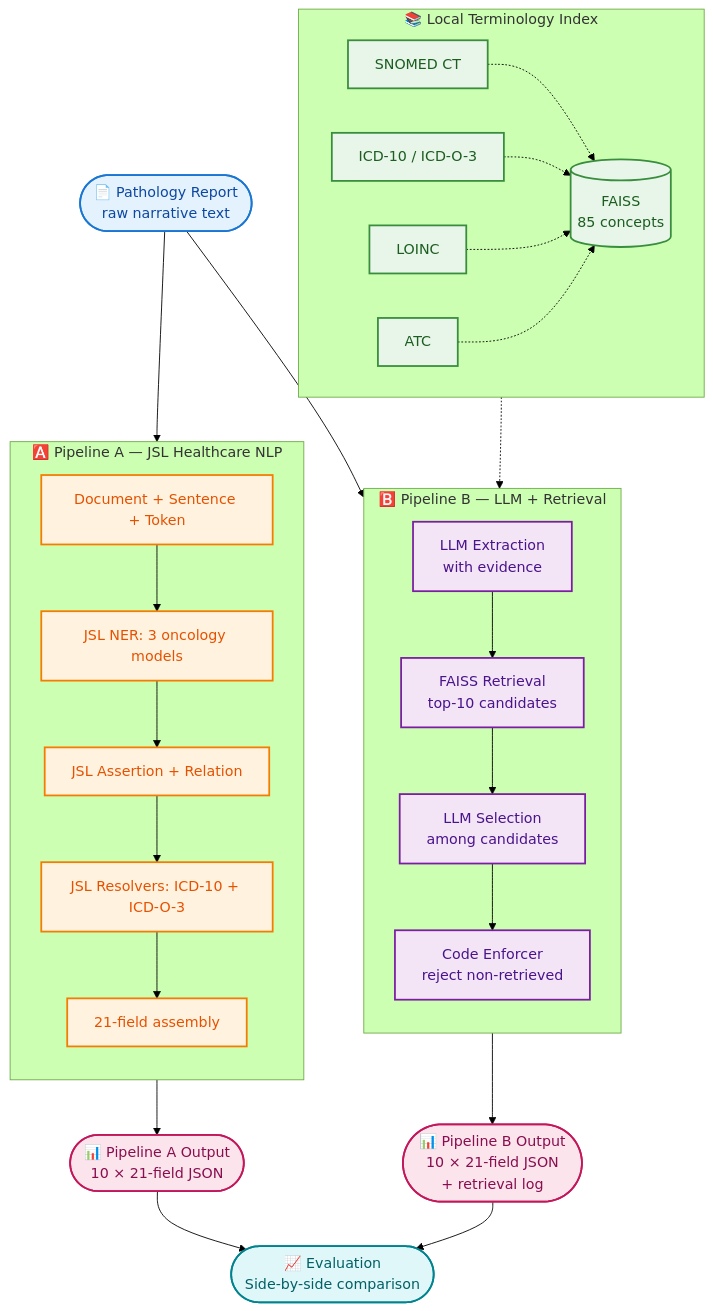
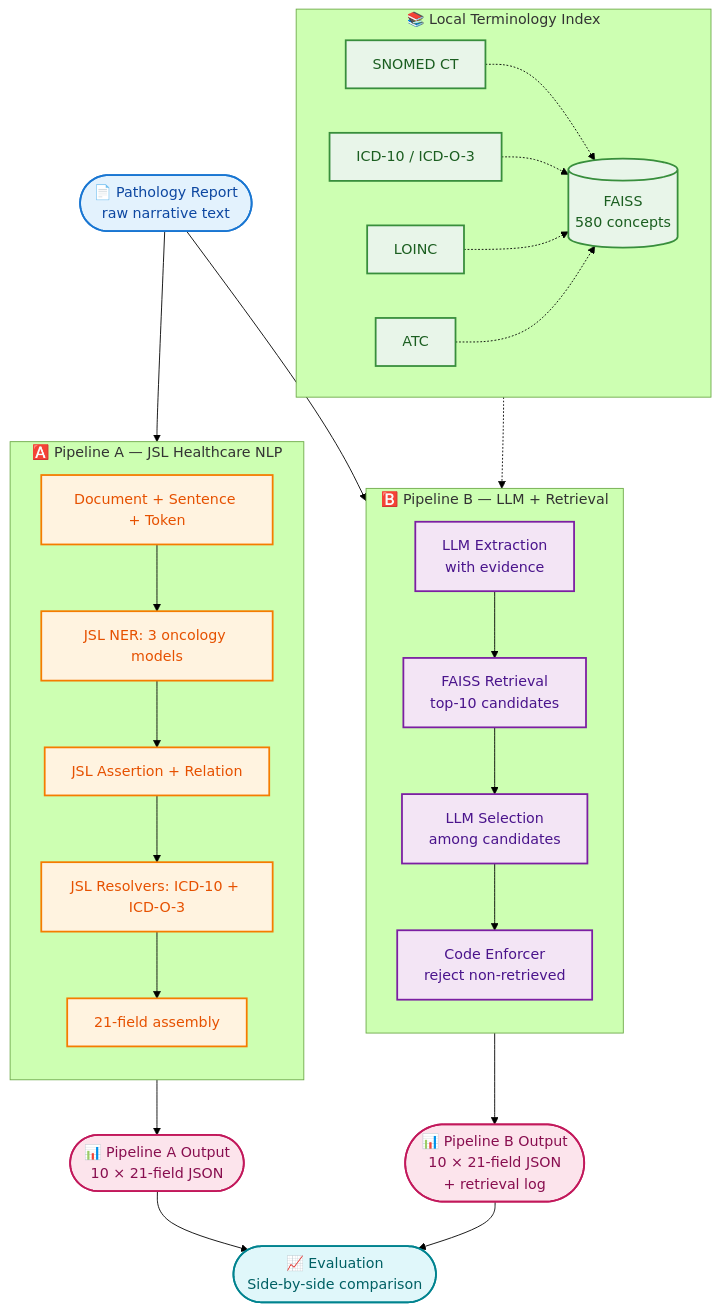
One commit to Junaidchohan/Oncology_Registry_Extraction changed the diagram in SUBMISSION.md. Above: the diagram before and after it, drawn with Mermaid (forest theme). The commit also changed other lines of this file and 3 other files, not shown here.

````diff
--- a/SUBMISSION.md
+++ b/SUBMISSION.md
@@ -41,62 +41,62 @@
 ```mermaid
 flowchart TB
     Input([📄 Pathology Report<br/>raw narrative text])
 
     subgraph A["🅰️ Pipeline A — JSL Healthcare NLP"]
         direction TB
         A1[Document + Sentence + Token]
         A2[JSL NER: 3 oncology models]
         A3[JSL Assertion + Relation]
         A4[JSL Resolvers: ICD-10 + ICD-O-3]
         A5[21-field assembly]
         A1 --> A2 --> A3 --> A4 --> A5
     end
 
     subgraph B["🅱️ Pipeline B — LLM + Retrieval"]
         direction TB
         B1[LLM Extraction<br/>with evidence]
         B2[FAISS Retrieval<br/>top-10 candidates]
         B3[LLM Selection<br/>among candidates]
         B4[Code Enforcer<br/>reject non-retrieved]
         B1 --> B2 --> B3 --> B4
     end
 
     subgraph T["📚 Local Terminology Index"]
         direction LR
-        T1[(FAISS<br/>85 concepts)]
+        T1[(FAISS<br/>580 concepts)]
         T2[SNOMED CT]
         T3[ICD-10 / ICD-O-3]
         T4[LOINC]
         T5[ATC]
         T2 -.-> T1
         T3 -.-> T1
         T4 -.-> T1
         T5 -.-> T1
     end
 
     OutA([📊 Pipeline A Output<br/>10 × 21-field JSON])
     OutB([📊 Pipeline B Output<br/>10 × 21-field JSON<br/>+ retrieval log])
     Eval([📈 Evaluation<br/>Side-by-side comparison])
 
     Input --> A1
     Input --> B1
     T1 -.-> B2
     A5 --> OutA
     B4 --> OutB
     OutA --> Eval
     OutB --> Eval
 
     classDef inputStyle fill:#e3f2fd,stroke:#1976d2,stroke-width:2px,color:#0d47a1
     classDef pAStyle fill:#fff3e0,stroke:#f57c00,stroke-width:2px,color:#e65100
     classDef pBStyle fill:#f3e5f5,stroke:#7b1fa2,stroke-width:2px,color:#4a148c
     classDef termStyle fill:#e8f5e9,stroke:#388e3c,stroke-width:2px,color:#1b5e20
     classDef outStyle fill:#fce4ec,stroke:#c2185b,stroke-width:2px,color:#880e4f
     classDef evalStyle fill:#e0f7fa,stroke:#00838f,stroke-width:2px,color:#006064
 
     class Input inputStyle
     class A1,A2,A3,A4,A5 pAStyle
     class B1,B2,B3,B4 pBStyle
     class T1,T2,T3,T4,T5 termStyle
     class OutA,OutB outStyle
     class Eval evalStyle
 ```
````
